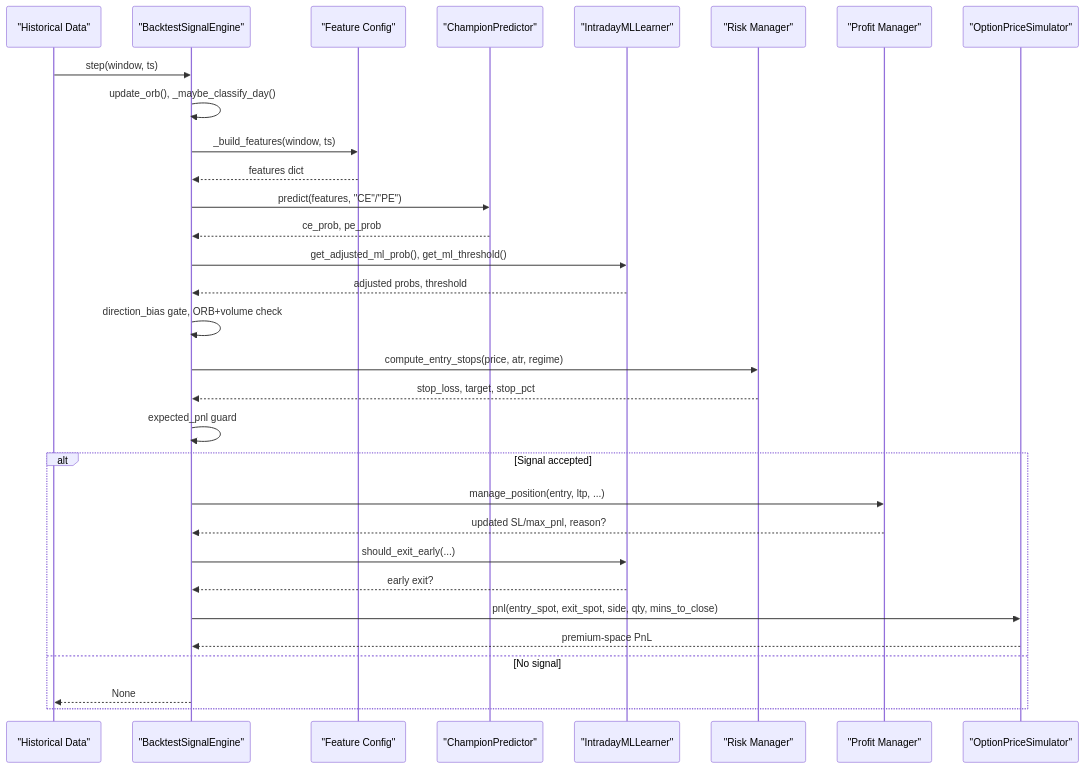
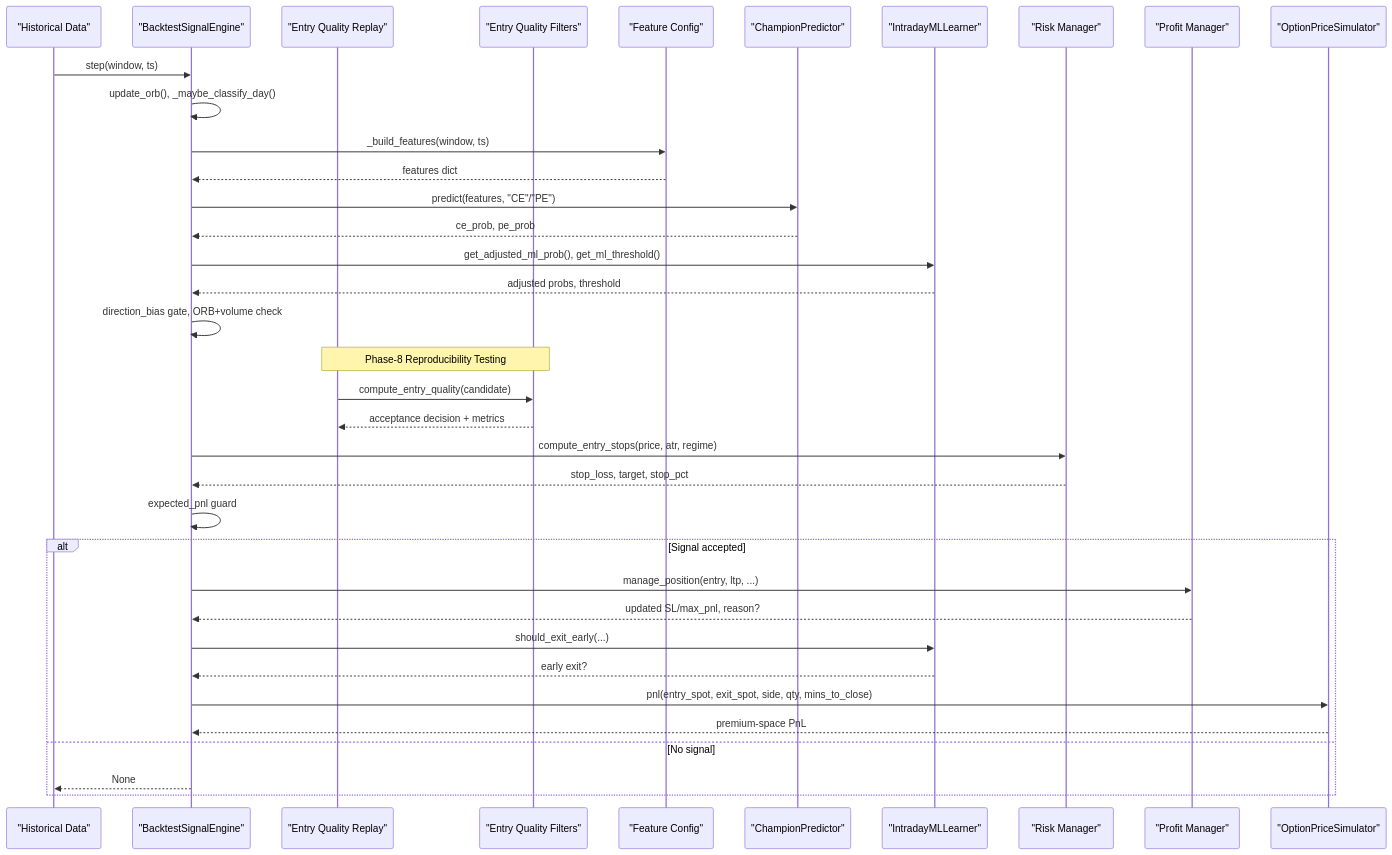
Before and after one commit to tauqeersiddiqui-art/tradingsystem: the second of 9 diagrams in .qoder/repowiki/en/content/Backtesting and Research/Backtesting Engine.md, drawn with Mermaid. The commit also changed other lines of this file and 71 other files, not shown here.

Commit message:
Add rejection-first entry quality filters, entry-quality ML target with fail-hard pipeline, post-trade loss classification, and reproducible Phase-8 backtest

````diff
--- a/.qoder/repowiki/en/content/Backtesting and Research/Backtesting Engine.md
+++ b/.qoder/repowiki/en/content/Backtesting and Research/Backtesting Engine.md
@@ -115,33 +138,38 @@
 ```mermaid
 sequenceDiagram
 participant Data as "Historical Data"
 participant BSE as "BacktestSignalEngine"
+participant EQR as "Entry Quality Replay"
+participant EQF as "Entry Quality Filters"
 participant FC as "Feature Config"
 participant PC as "ChampionPredictor"
 participant IL as "IntradayMLLearner"
 participant RM as "Risk Manager"
 participant PM as "Profit Manager"
 participant OPS as "OptionPriceSimulator"
 Data->>BSE : step(window, ts)
 BSE->>BSE : update_orb(), _maybe_classify_day()
 BSE->>FC : _build_features(window, ts)
 FC-->>BSE : features dict
 BSE->>PC : predict(features, "CE"/"PE")
 PC-->>BSE : ce_prob, pe_prob
 BSE->>IL : get_adjusted_ml_prob(), get_ml_threshold()
 IL-->>BSE : adjusted probs, threshold
 BSE->>BSE : direction_bias gate, ORB+volume check
+Note over EQR,EQF : Phase-8 Reproducibility Testing
+EQR->>EQF : compute_entry_quality(candidate)
+EQF-->>EQR : acceptance decision + metrics
 BSE->>RM : compute_entry_stops(price, atr, regime)
 RM-->>BSE : stop_loss, target, stop_pct
 BSE->>BSE : expected_pnl guard
 alt Signal accepted
 BSE->>PM : manage_position(entry, ltp, ...)
 PM-->>BSE : updated SL/max_pnl, reason?
 BSE->>IL : should_exit_early(...)
 IL-->>BSE : early exit?
 BSE->>OPS : pnl(entry_spot, exit_spot, side, qty, mins_to_close)
 OPS-->>BSE : premium-space PnL
 else No signal
 BSE-->>Data : None
 end
 ```
````
